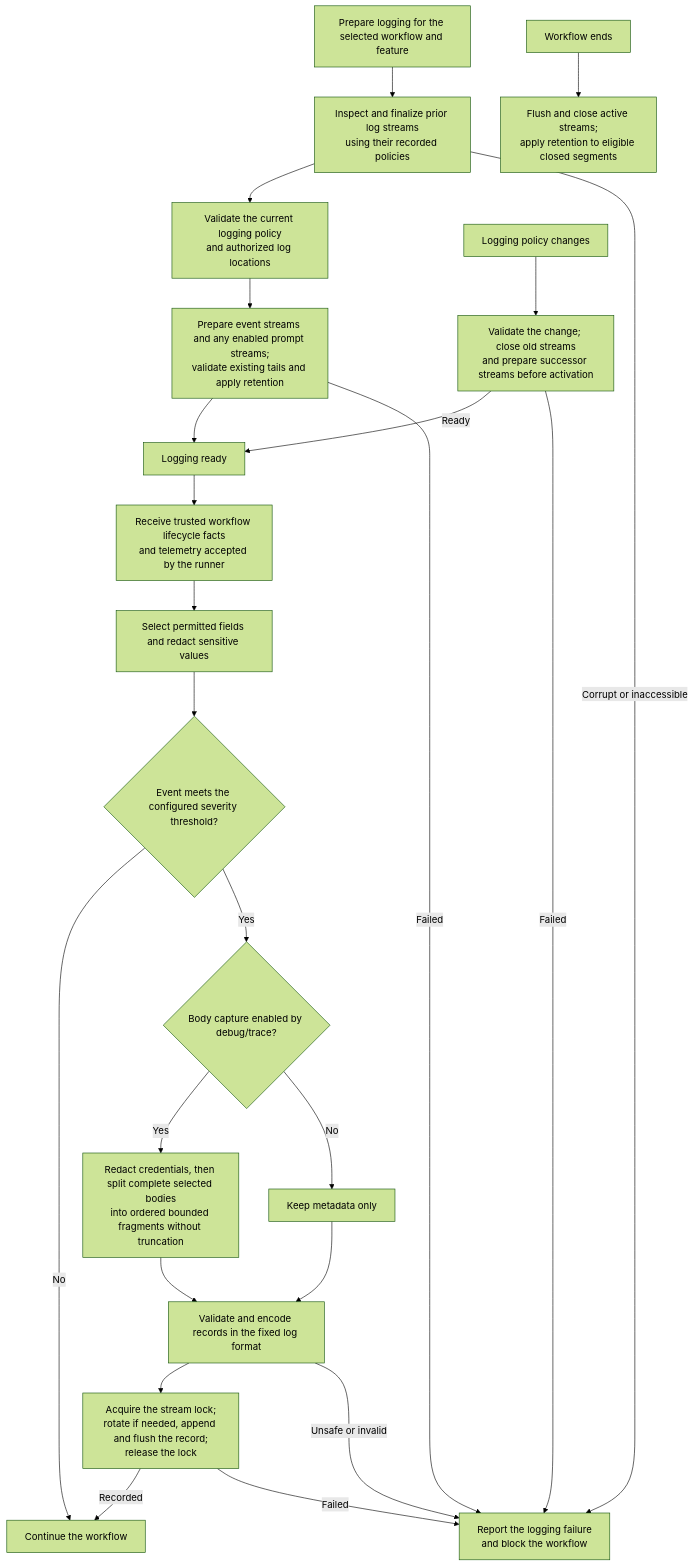
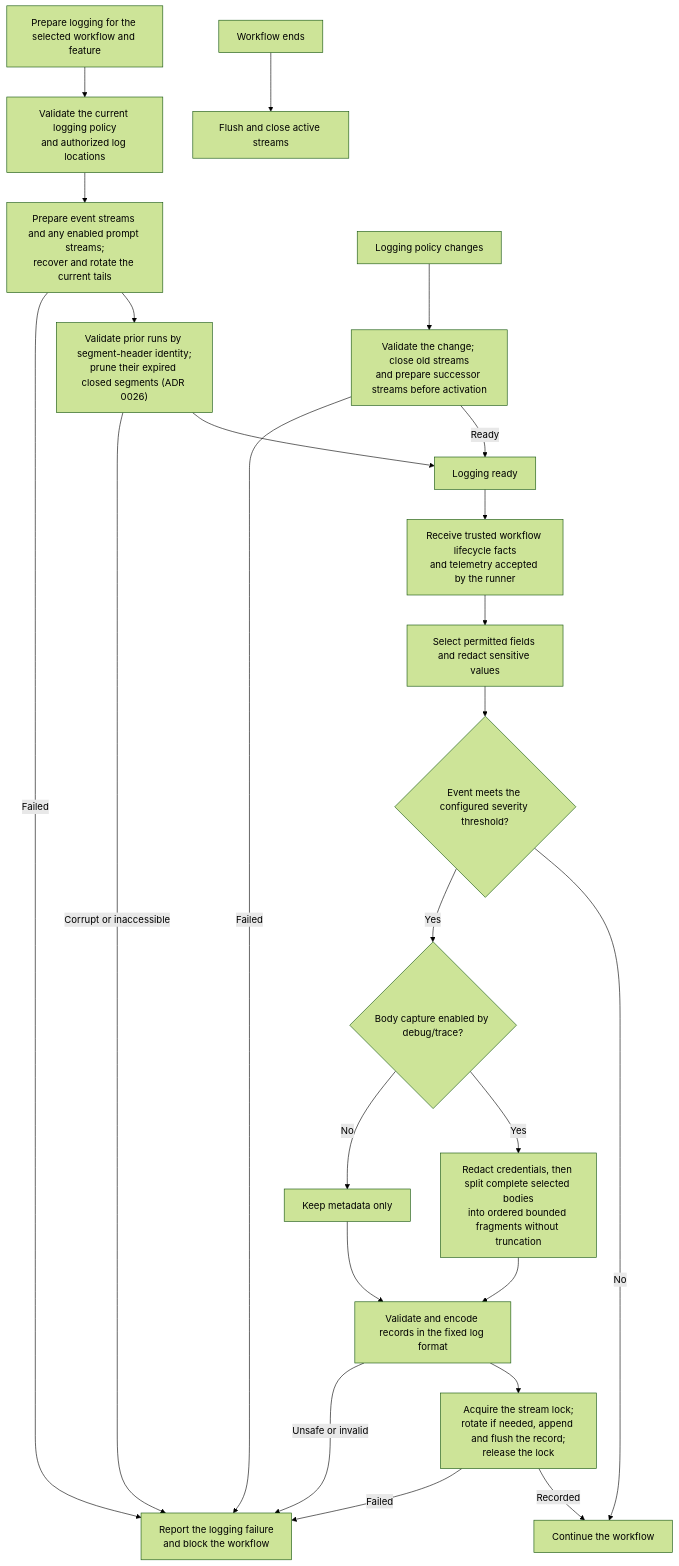
Before and after one commit to littledespot/sdde: the diagram in design/diagrams/06-feature-logging.md, drawn with Mermaid (forest theme). The commit also changed 128 other files, not shown here.

````diff
--- a/design/diagrams/06-feature-logging.md
+++ b/design/diagrams/06-feature-logging.md
@@ -3,28 +3,28 @@
 ```mermaid
 flowchart TD
-    START["Prepare logging for the selected workflow and feature"] --> HISTORY["Inspect and finalize prior log streams<br/>using their recorded policies"]
-    HISTORY --> POLICY["Validate the current logging policy<br/>and authorized log locations"]
-    POLICY --> OPEN["Prepare event streams and any enabled prompt streams;<br/>validate existing tails and apply retention"]
-    OPEN --> READY["Logging ready"]
+    START["Prepare logging for the selected workflow and feature"] --> POLICY["Validate the current logging policy<br/>and authorized log locations"]
+    POLICY --> OPEN["Prepare event streams and any enabled prompt streams;<br/>recover and rotate the current tails"]
+    OPEN --> HISTORY["Validate prior runs by segment-header identity;<br/>prune their expired closed segments (ADR 0026)"]
+    HISTORY --> READY["Logging ready"]
 
     READY --> FACT["Receive trusted workflow lifecycle facts<br/>and telemetry accepted by the runner"]
     FACT --> REDACT["Select permitted fields and redact sensitive values"]
     REDACT --> LEVEL{"Event meets the configured severity threshold?"}
     LEVEL -->|No| CONTINUE["Continue the workflow"]
     LEVEL -->|Yes| BODY{"Body capture enabled by debug/trace?"}
     BODY -->|Yes| SANITIZE["Redact credentials, then split complete selected bodies<br/>into ordered bounded fragments without truncation"]
     BODY -->|No| METADATA["Keep metadata only"]
     SANITIZE --> RECORD["Validate and encode records in the fixed log format"]
     METADATA --> RECORD
     RECORD --> WRITE["Acquire the stream lock;<br/>rotate if needed, append and flush the record;<br/>release the lock"]
     WRITE -->|Recorded| CONTINUE
     WRITE -->|Failed| FAILURE["Report the logging failure<br/>and block the workflow"]
     RECORD -->|Unsafe or invalid| FAILURE
     HISTORY -->|Corrupt or inaccessible| FAILURE
     OPEN -->|Failed| FAILURE
 
     UPDATE["Logging policy changes"] --> SWITCH["Validate the change; close old streams<br/>and prepare successor streams before activation"]
     SWITCH -->|Ready| READY
     SWITCH -->|Failed| FAILURE
-    FINISH["Workflow ends"] --> CLOSE["Flush and close active streams;<br/>apply retention to eligible closed segments"]
+    FINISH["Workflow ends"] --> CLOSE["Flush and close active streams"]
 ```
````
